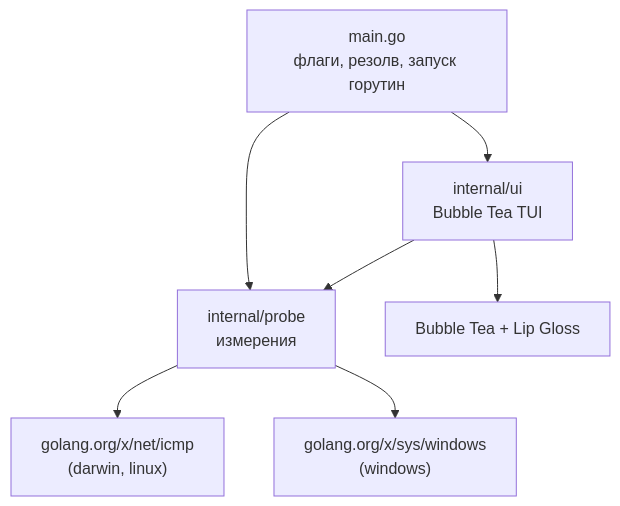
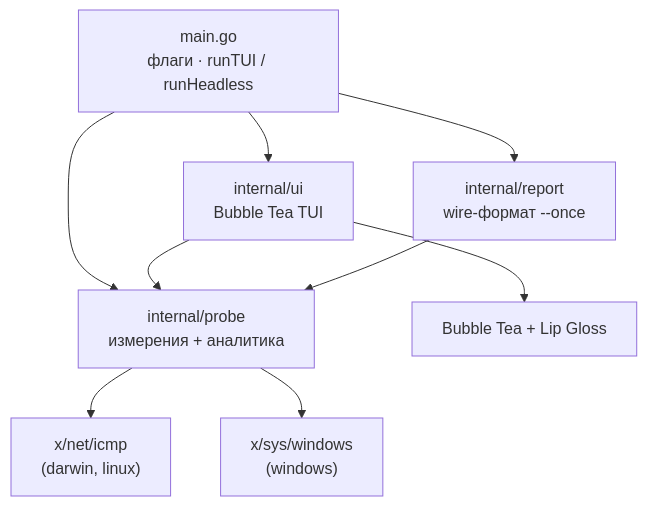
The first of 3 diagrams in docs/ARCHITECTURE.md (tavvet/net-test), drawn with Mermaid before and after one commit. The commit also changed other lines of this file and 4 other files, not shown here.

````diff
--- a/docs/ARCHITECTURE.md
+++ b/docs/ARCHITECTURE.md
@@ -22,9 +26,11 @@
 ```mermaid
 graph TD
-  main["main.go<br/>флаги, резолв, запуск горутин"] --> ui["internal/ui<br/>Bubble Tea TUI"]
-  main --> probe["internal/probe<br/>измерения"]
+  main["main.go<br/>флаги · runTUI / runHeadless"] --> ui["internal/ui<br/>Bubble Tea TUI"]
+  main --> probe["internal/probe<br/>измерения + аналитика"]
+  main --> report["internal/report<br/>wire-формат --once"]
   ui --> probe
-  probe --> xnet["golang.org/x/net/icmp<br/>(darwin, linux)"]
-  probe --> xsys["golang.org/x/sys/windows<br/>(windows)"]
+  report --> probe
+  probe --> xnet["x/net/icmp<br/>(darwin, linux)"]
+  probe --> xsys["x/sys/windows<br/>(windows)"]
   ui --> charm["Bubble Tea + Lip Gloss"]
 ```
````
